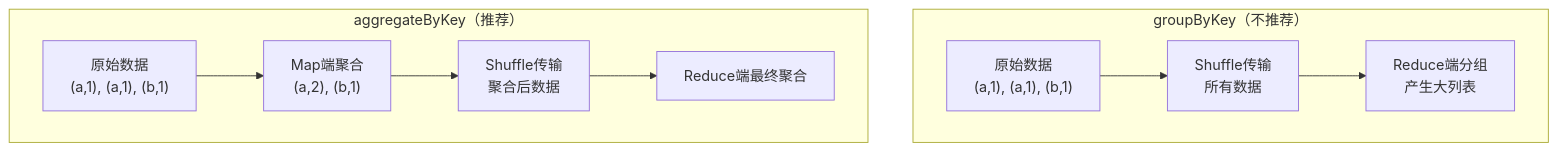
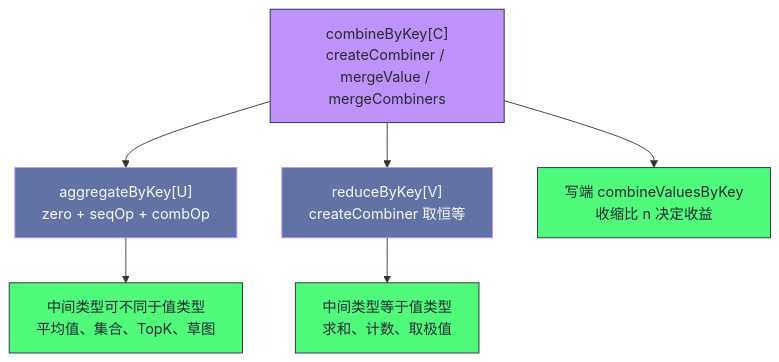
The fourth of 6 diagrams in content/大数据/Spark/读书笔记-spark内核/06_性能调优实战/2. Spark算子调优最佳实践.md (hpliStartAgain/my-brain), drawn with Mermaid before and after one commit. The commit also changed other lines of this file and 259 other files, not shown here.

````diff
--- a/content/大数据/Spark/读书笔记-spark内核/06_性能调优实战/2. Spark算子调优最佳实践.md
+++ b/content/大数据/Spark/读书笔记-spark内核/06_性能调优实战/2. Spark算子调优最佳实践.md
@@ -465,13 +539,15 @@
 ```mermaid
+%%{init: {'theme': 'dracula'}}%%
 flowchart TD
-    subgraph "groupByKey（不推荐）"
-        A["原始数据<br>(a,1), (a,1), (b,1)"] --> B["Shuffle传输<br>所有数据"]
-        B --> C["Reduce端分组<br>产生大列表"]
-    end
-    
-    subgraph "aggregateByKey（推荐）"
-        D["原始数据<br>(a,1), (a,1), (b,1)"] --> E["Map端聚合<br>(a,2), (b,1)"]
-        E --> F["Shuffle传输<br>聚合后数据"]
-        F --> G["Reduce端最终聚合"]
-    end
+    A["combineByKey[C]<br/>createCombiner / mergeValue / mergeCombiners"] --> B["aggregateByKey[U]<br/>zero + seqOp + combOp"]
+    A --> C["reduceByKey[V]<br/>createCombiner 取恒等"]
+    B --> D["中间类型可不同于值类型<br/>平均值、集合、TopK、草图"]
+    C --> E["中间类型等于值类型<br/>求和、计数、取极值"]
+    A --> F["写端 combineValuesByKey<br/>收缩比 n 决定收益"]
+    classDef root fill:#bd93f9,stroke:#282a36,color:#282a36
+    classDef mid fill:#6272a4,stroke:#bd93f9,color:#f8f8f2
+    classDef leaf fill:#50fa7b,stroke:#282a36,color:#282a36
+    class A root
+    class B,C mid
+    class D,E,F leaf
 ```
````
